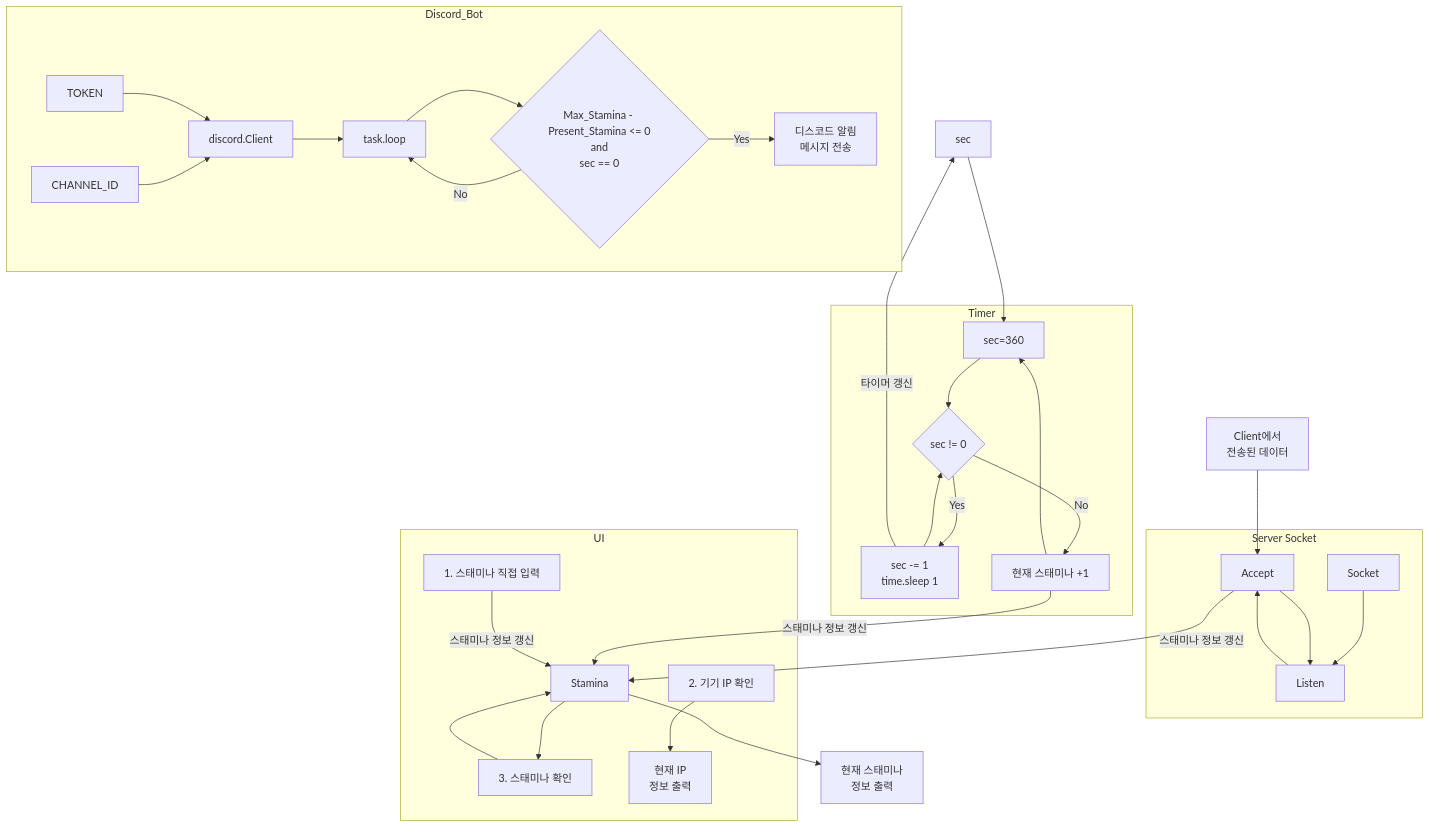
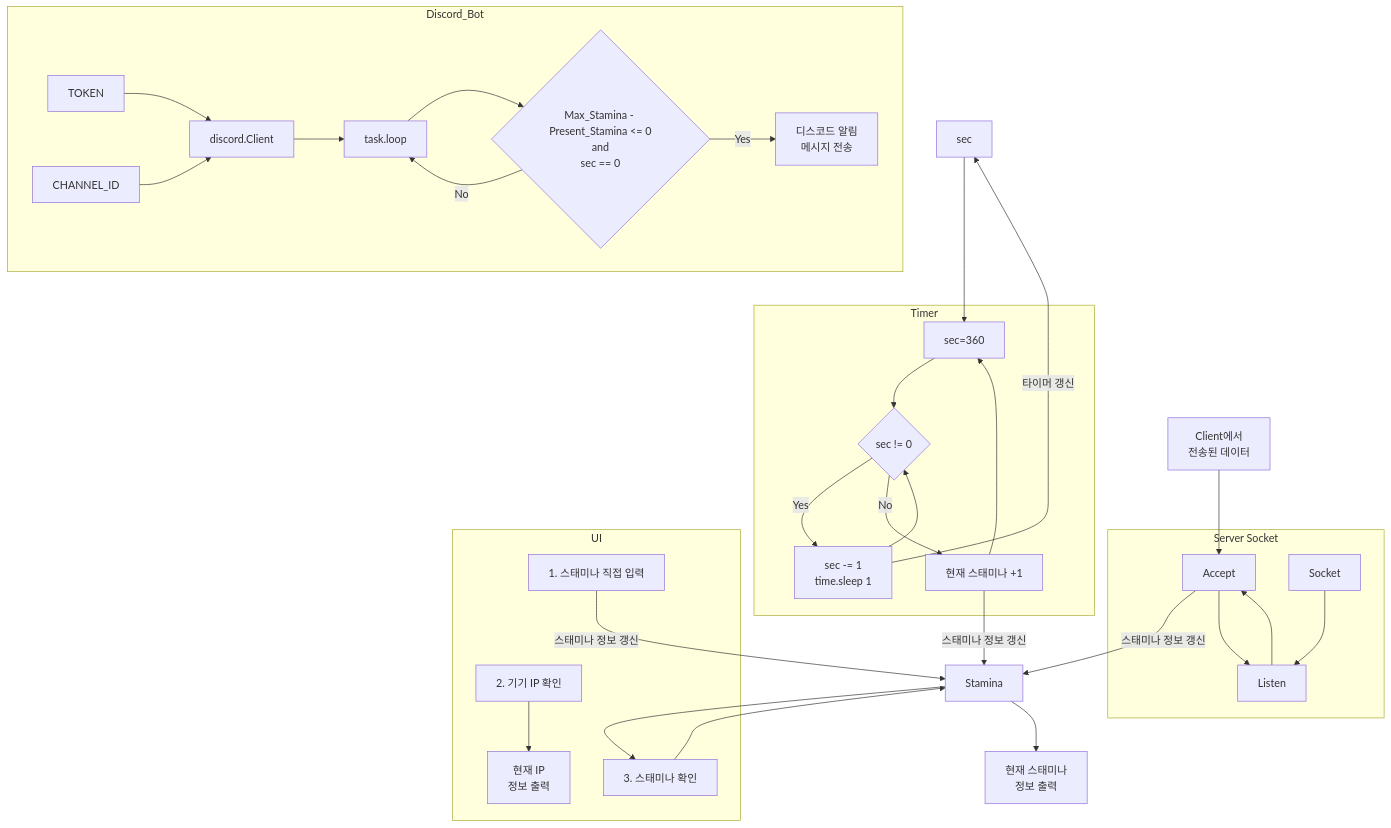
One commit to 201710808/Game-Stamina-Alarm changed the third of 3 diagrams in README.md. Above: the diagram before and after it, drawn with Mermaid.

````diff
--- a/README.md
+++ b/README.md
@@ -55,43 +55,44 @@
 ```mermaid
 graph TB;
     data[Client에서\n전송된 데이터]-->Accept;
 
     subgraph Server Socket;
     Socket-->Listen;
     Listen-->Accept;
     end;
     Accept-->|스태미나 정보 갱신|Stamina;
     Accept-->Listen;
 
     sec-->sec360;
     subgraph Timer;
     sec360[sec=360]-->condition{sec != 0};
     condition-->|"Yes"|process_time[sec -= 1\ntime.sleep 1];
     process_time-->condition;
     condition-->|"No"|sync_stamina[현재 스태미나 +1];
     sync_stamina-->sec360;
     end;
 
     process_time-->|"타이머 갱신"|sec;
     sync_stamina-->|스태미나 정보 갱신|Stamina;
 
     subgraph Discord_Bot;
     TOKEN-->Client[discord.Client];
     CHANNEL_ID-->Client;
     Client-->task.loop;
     task.loop-->discord_condition{Max_Stamina - Present_Stamina <= 0\nand\nsec == 0};
     discord_condition-->|"Yes"|discord_message[디스코드 알림\n메시지 전송]
     discord_condition-->|"No"|task.loop;
     end;
 
     Stamina-->check_stamina;
     Stamina-->output_stamina[현재 스태미나\n정보 출력];
     
     subgraph UI;
     input_stamina[1. 스태미나 직접 입력];
     check_ip[2. 기기 IP 확인]-->output_ip[현재 IP\n정보 출력];
-    check_stamina[3. 스태미나 확인]-->Stamina;
+    check_stamina[3. 스태미나 확인];
     
     end;
+    check_stamina-->Stamina;
     input_stamina-->|스태미나 정보 갱신|Stamina;
 ```
````
